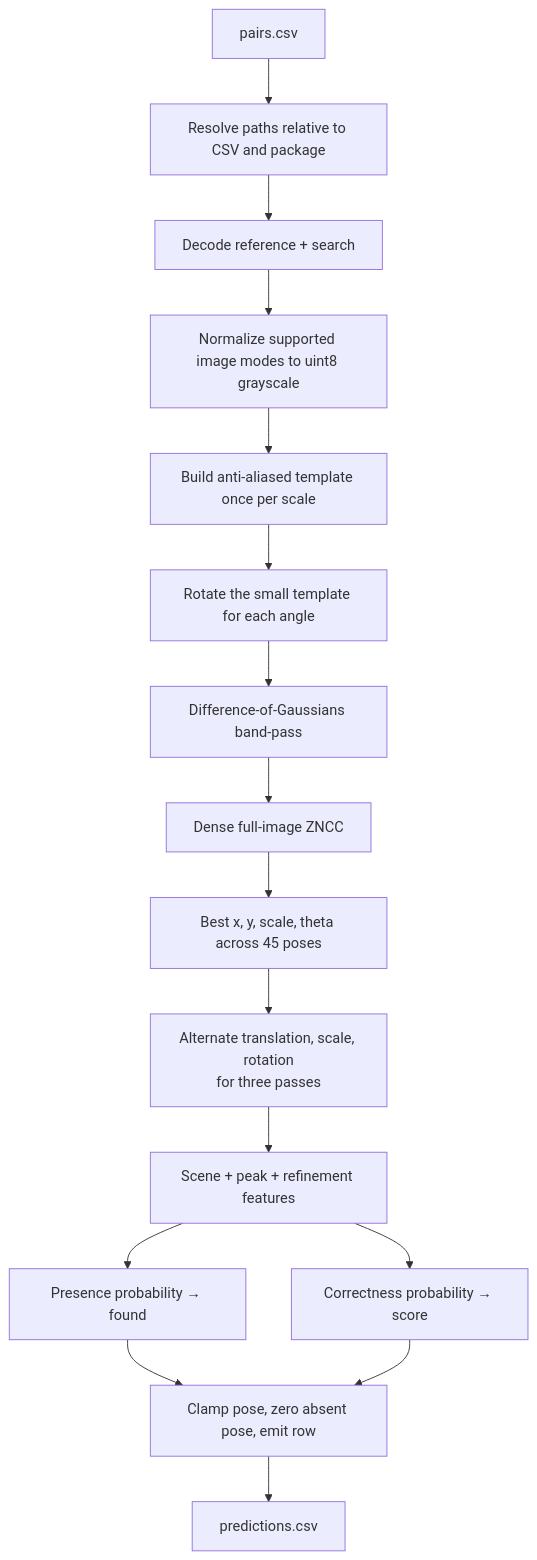
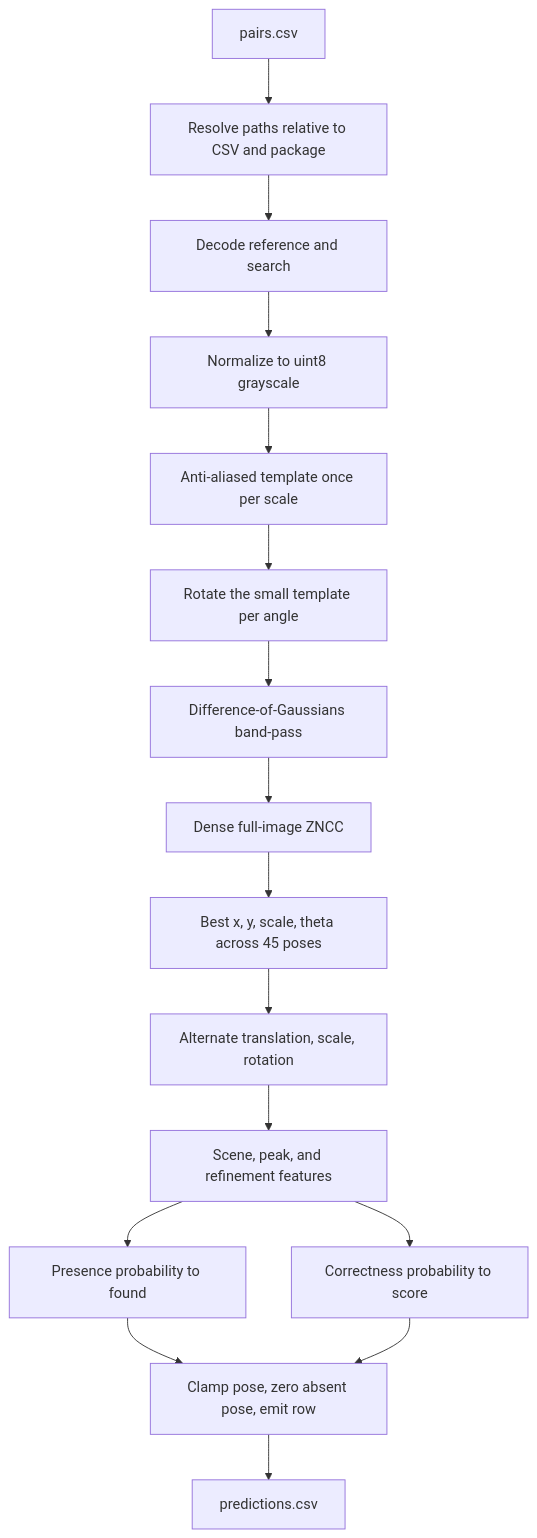
Before and after one commit to RHUDHRESH/LatticeRank-SEMICON-2026: the fourth of 12 diagrams in docs/V1_VS_V2.md, drawn with Mermaid. The commit also changed other lines of this file and 35 other files, not shown here.

````diff
--- a/docs/V1_VS_V2.md
+++ b/docs/V1_VS_V2.md
@@ -110,18 +130,18 @@
 ```mermaid
 flowchart TD
     CSV["pairs.csv"] --> PATHS["Resolve paths relative to CSV and package"]
-    PATHS --> LOAD["Decode reference + search"]
-    LOAD --> GRAY["Normalize supported image modes to uint8 grayscale"]
-    GRAY --> BASE["Build anti-aliased template once per scale"]
-    BASE --> ROT["Rotate the small template for each angle"]
+    PATHS --> LOAD["Decode reference and search"]
+    LOAD --> GRAY["Normalize to uint8 grayscale"]
+    GRAY --> BASE["Anti-aliased template once per scale"]
+    BASE --> ROT["Rotate the small template per angle"]
     ROT --> BP["Difference-of-Gaussians band-pass"]
     BP --> ZNCC["Dense full-image ZNCC"]
     ZNCC --> BEST["Best x, y, scale, theta across 45 poses"]
-    BEST --> REFINE["Alternate translation, scale, rotation<br/>for three passes"]
-    REFINE --> FEATURES["Scene + peak + refinement features"]
-    FEATURES --> FOUND["Presence probability → found"]
-    FEATURES --> SCORE["Correctness probability → score"]
+    BEST --> REFINE["Alternate translation, scale, rotation"]
+    REFINE --> FEATURES["Scene, peak, and refinement features"]
+    FEATURES --> FOUND["Presence probability to found"]
+    FEATURES --> SCORE["Correctness probability to score"]
     FOUND --> CONTRACT["Clamp pose, zero absent pose, emit row"]
     SCORE --> CONTRACT
     CONTRACT --> OUT["predictions.csv"]
 ```
````
